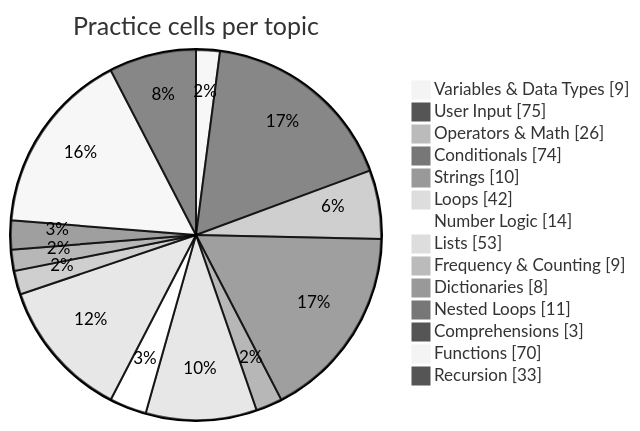
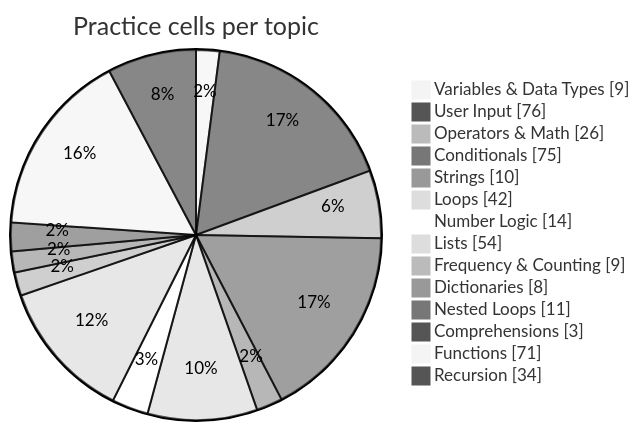
The diagram in README.md (Phantom2101/Python-Daily-Practice), drawn with Mermaid (neutral theme) before and after one commit. The commit also changed other lines of this file and 1 other file, not shown here.

````diff
--- a/README.md
+++ b/README.md
@@ -126,17 +126,17 @@
 ```mermaid
 pie showData title Practice cells per topic
     "Variables & Data Types" : 9
-    "User Input" : 75
+    "User Input" : 76
     "Operators & Math" : 26
-    "Conditionals" : 74
+    "Conditionals" : 75
     "Strings" : 10
     "Loops" : 42
     "Number Logic" : 14
-    "Lists" : 53
+    "Lists" : 54
     "Frequency & Counting" : 9
     "Dictionaries" : 8
     "Nested Loops" : 11
     "Comprehensions" : 3
-    "Functions" : 70
-    "Recursion" : 33
+    "Functions" : 71
+    "Recursion" : 34
 ```
````
